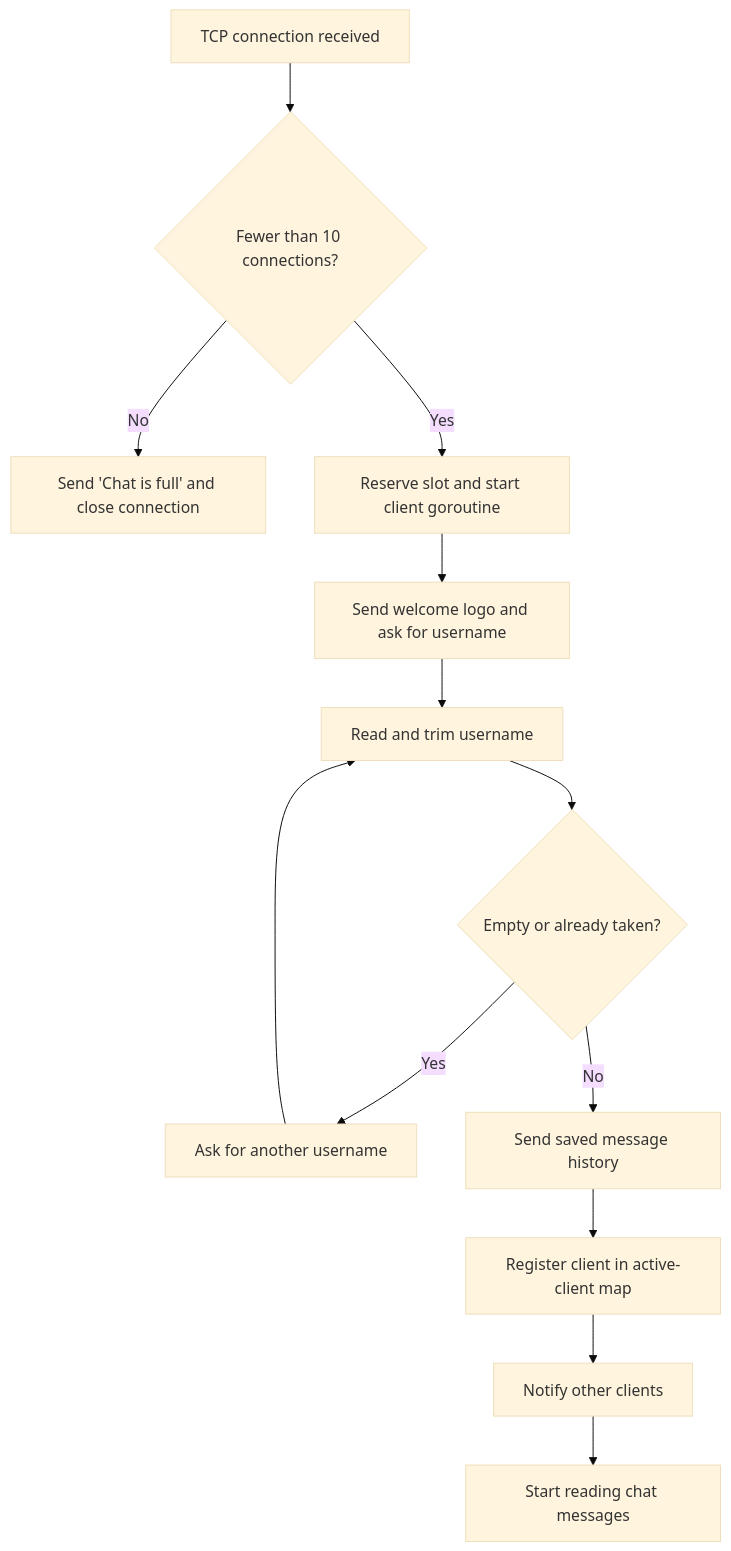
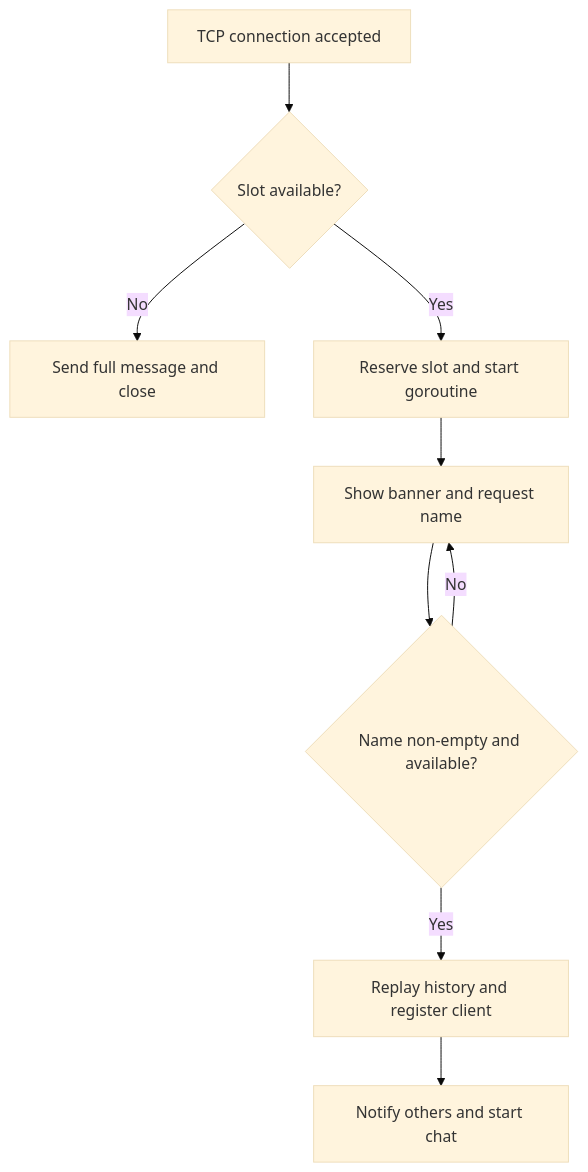
Before and after one commit to i3rhmn/net-cat: the diagram in README.md, drawn with Mermaid (base theme). The commit also changed other lines of this file, not shown here.

````diff
--- a/README.md
+++ b/README.md
@@ -169,15 +161,11 @@
 ```mermaid
 flowchart TD
-    A["TCP connection received"] --> B{"Fewer than 10 connections?"}
-    B -- No --> C["Send 'Chat is full' and close connection"]
-    B -- Yes --> D["Reserve slot and start client goroutine"]
-    D --> E["Send welcome logo and ask for username"]
-    E --> F["Read and trim username"]
-    F --> G{"Empty or already taken?"}
-    G -- Yes --> H["Ask for another username"]
-    H --> F
-    G -- No --> I["Send saved message history"]
-    I --> J["Register client in active-client map"]
-    J --> K["Notify other clients"]
-    K --> L["Start reading chat messages"]
+    A["TCP connection accepted"] --> B{"Slot available?"}
+    B -- No --> C["Send full message and close"]
+    B -- Yes --> D["Reserve slot and start goroutine"]
+    D --> E["Show banner and request name"]
+    E --> F{"Name non-empty and available?"}
+    F -- No --> E
+    F -- Yes --> G["Replay history and register client"]
+    G --> H["Notify others and start chat"]
 ```
````
